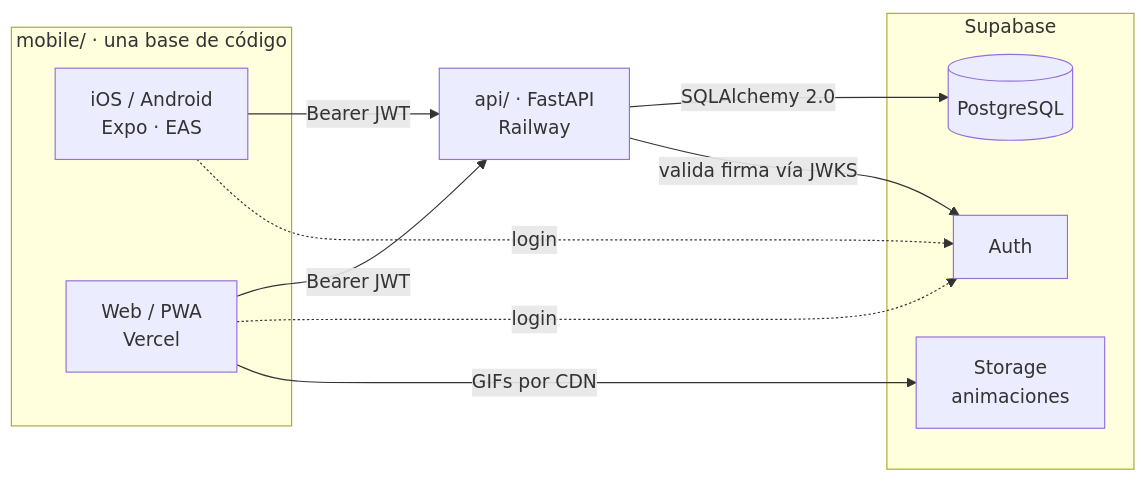
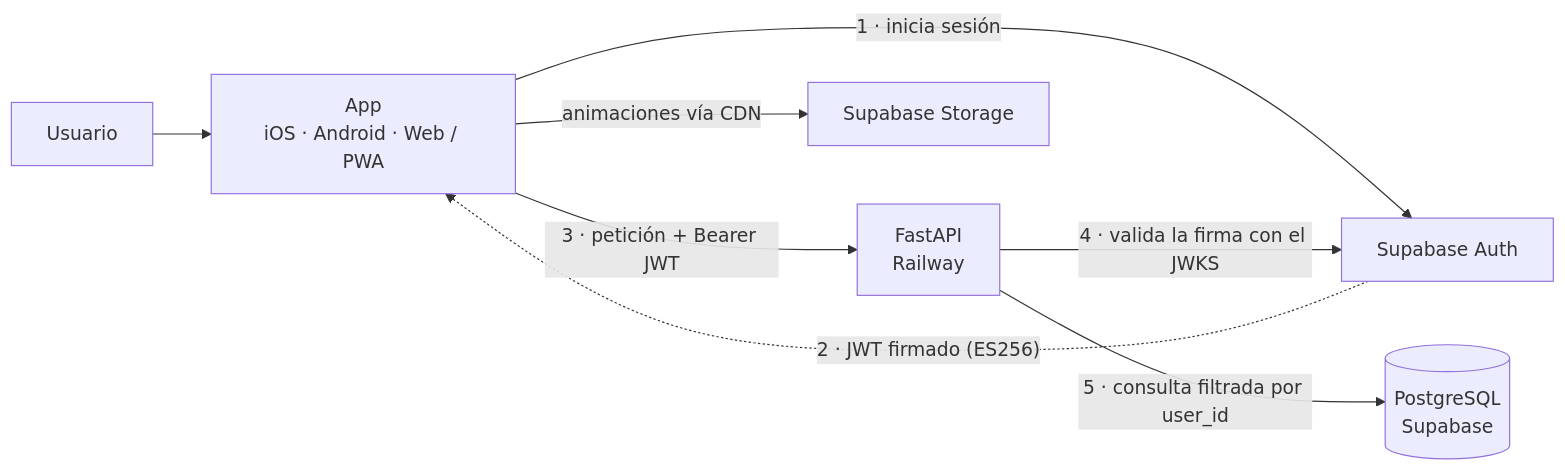
One commit to BlasterLc/fittrack changed the diagram in README.md. Above: the diagram before and after it, drawn with Mermaid. The commit also changed other lines of this file and 1 other file, not shown here.

````diff
--- a/README.md
+++ b/README.md
@@ -61,21 +59,10 @@
 ```mermaid
 flowchart LR
-    subgraph cliente["mobile/ · una base de código"]
-        M["iOS / Android<br/>Expo · EAS"]
-        W["Web / PWA<br/>Vercel"]
-    end
-    API["api/ · FastAPI<br/>Railway"]
-    subgraph sb["Supabase"]
-        DB[("PostgreSQL")]
-        AUTH["Auth"]
-        ST["Storage<br/>animaciones"]
-    end
-
-    M -->|"Bearer JWT"| API
-    W -->|"Bearer JWT"| API
-    M -.->|"login"| AUTH
-    W -.->|"login"| AUTH
-    API -->|"SQLAlchemy 2.0"| DB
-    API -->|"valida firma vía JWKS"| AUTH
-    W -->|"GIFs por CDN"| ST
+    U[Usuario] --> APP["App<br/>iOS · Android · Web / PWA"]
+    APP -->|"1 · inicia sesión"| AUTH["Supabase Auth"]
+    AUTH -.->|"2 · JWT firmado (ES256)"| APP
+    APP -->|"3 · petición + Bearer JWT"| API["FastAPI<br/>Railway"]
+    API -->|"4 · valida la firma con el JWKS"| AUTH
+    API -->|"5 · consulta filtrada por user_id"| DB[("PostgreSQL<br/>Supabase")]
+    APP -->|"animaciones vía CDN"| ST["Supabase Storage"]
 ```
````
